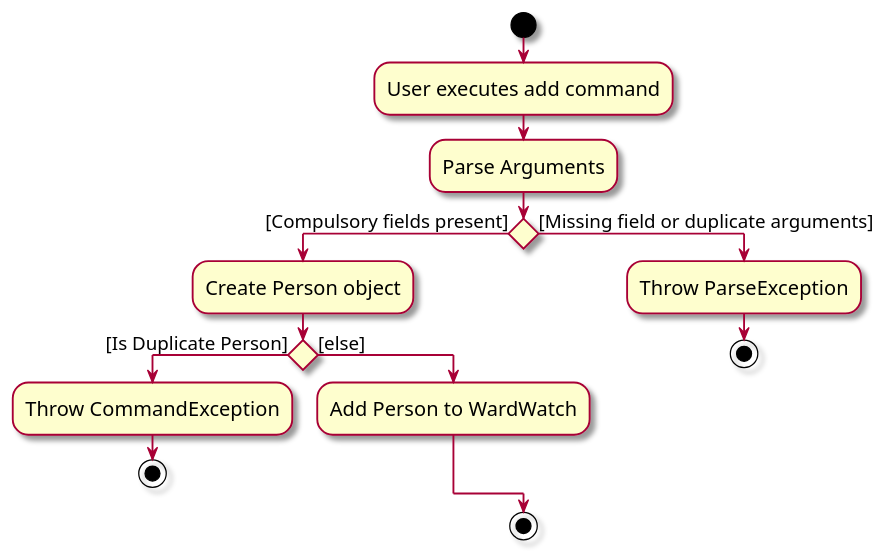
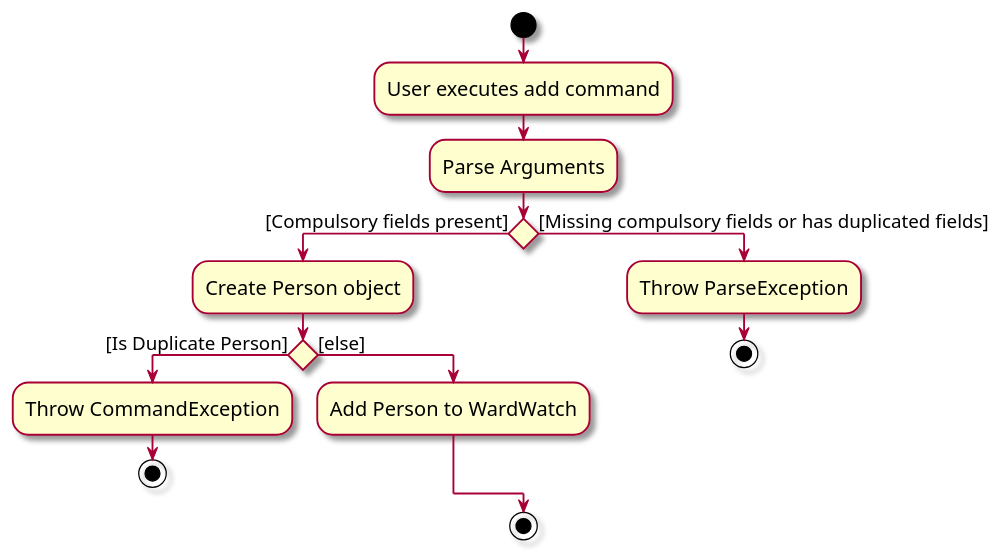
Before and after one commit to nus-cs2103-AY2425S1/tp: the diagram in docs/diagrams/AddActivityDiagram.puml, drawn with PlantUML. The commit also changed 4 other files, not shown here.

```diff
--- a/docs/diagrams/AddActivityDiagram.puml
+++ b/docs/diagrams/AddActivityDiagram.puml
@@ -1,25 +1,25 @@
 @startuml
 skin rose
 skinparam ActivityFontSize 16
 skinparam ArrowFontSize 15
 
 start
 :User executes add command;
 :Parse Arguments;
 
 if () then ([Compulsory fields present])
   :Create Person object;
 
   if () then ([Is Duplicate Person])
     :Throw CommandException;
     stop
   else ([else])
     :Add Person to WardWatch;
   endif
-else ([Missing field or duplicate arguments])
+else ([Missing compulsory fields or has duplicated fields])
     :Throw ParseException;
   stop
 
 endif
 stop
 @enduml
```
